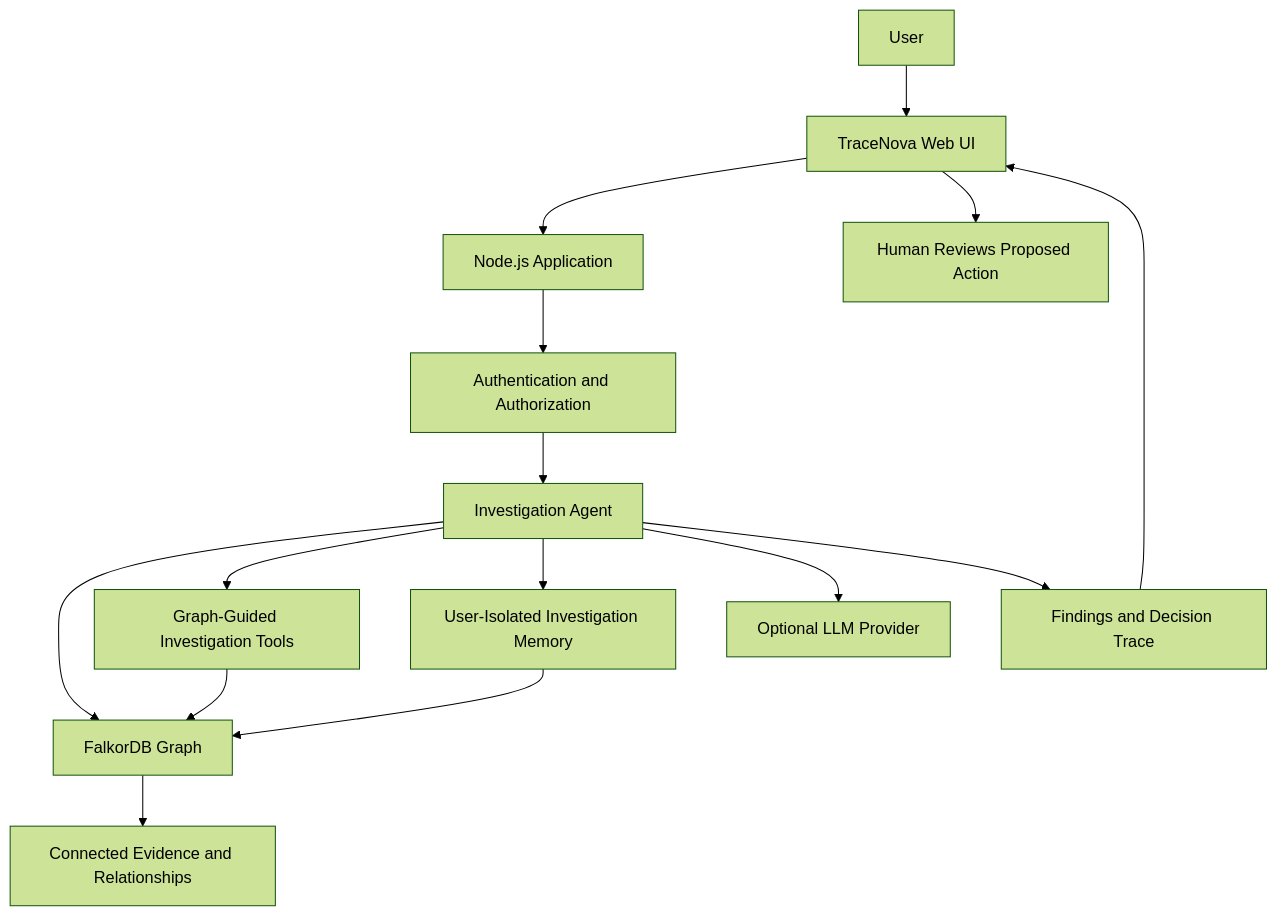
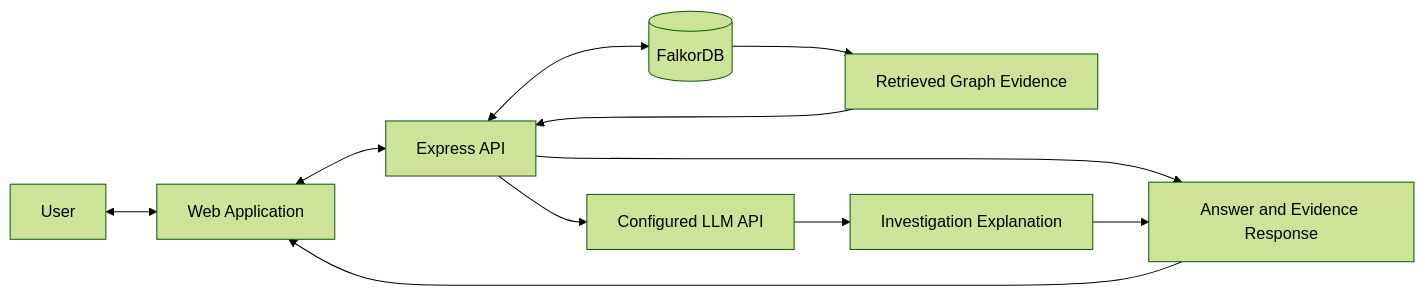
The third of 3 diagrams in README.md (akshayayuvaraj/devgraph-premium), drawn with Mermaid (forest theme) before and after one commit. The commit also changed other lines of this file and 5 other files, not shown here.

````diff
--- a/README.md
+++ b/README.md
@@ -151,17 +117,13 @@
 ```mermaid
-flowchart TD
-    U[User] --> UI[TraceNova Web UI]
-    UI --> API[Node.js Application]
-    API --> AUTH[Authentication and Authorization]
-    AUTH --> AGENT[Investigation Agent]
-    AGENT --> GRAPH[FalkorDB Graph]
-    GRAPH --> EVIDENCE[Connected Evidence and Relationships]
-    AGENT --> TOOLS[Graph-Guided Investigation Tools]
-    TOOLS --> GRAPH
-    AGENT --> MEMORY[User-Isolated Investigation Memory]
-    MEMORY --> GRAPH
-    AGENT --> LLM[Optional LLM Provider]
-    AGENT --> TRACE[Findings and Decision Trace]
-    TRACE --> UI
-    UI --> CONFIRM[Human Reviews Proposed Action]
+flowchart LR
+    U[User] <--> W[Web Application]
+    W <--> API[Express API]
+    API <--> DB[(FalkorDB)]
+    API --> LLM[Configured LLM API]
+    DB --> E[Retrieved Graph Evidence]
+    E --> API
+    LLM --> A[Investigation Explanation]
+    API --> R[Answer and Evidence Response]
+    A --> R
+    R --> W
 ```
````
